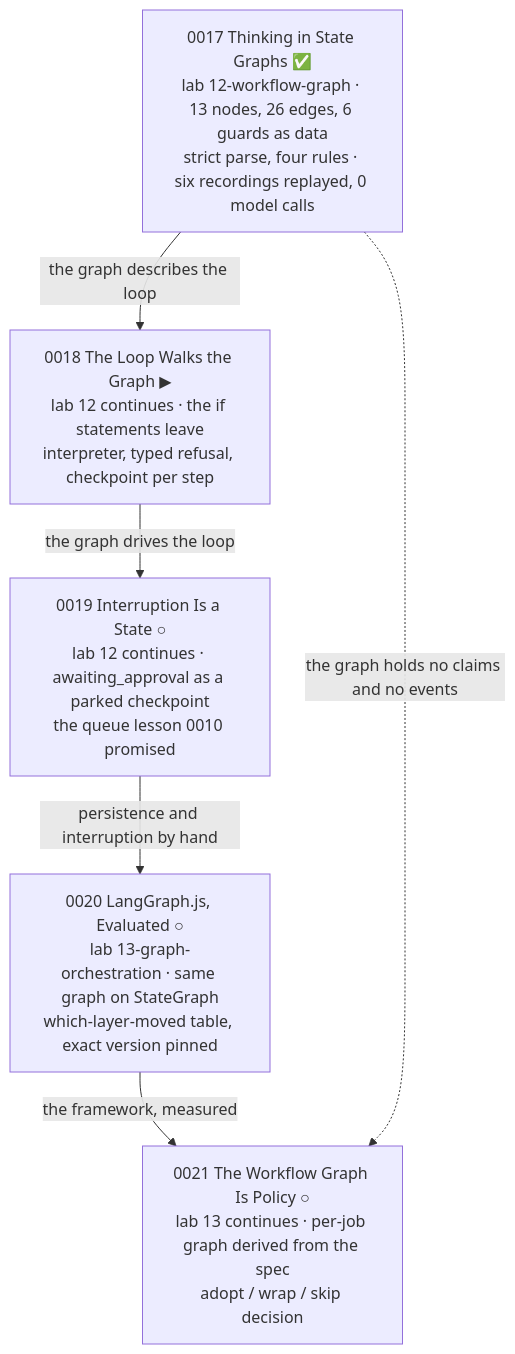
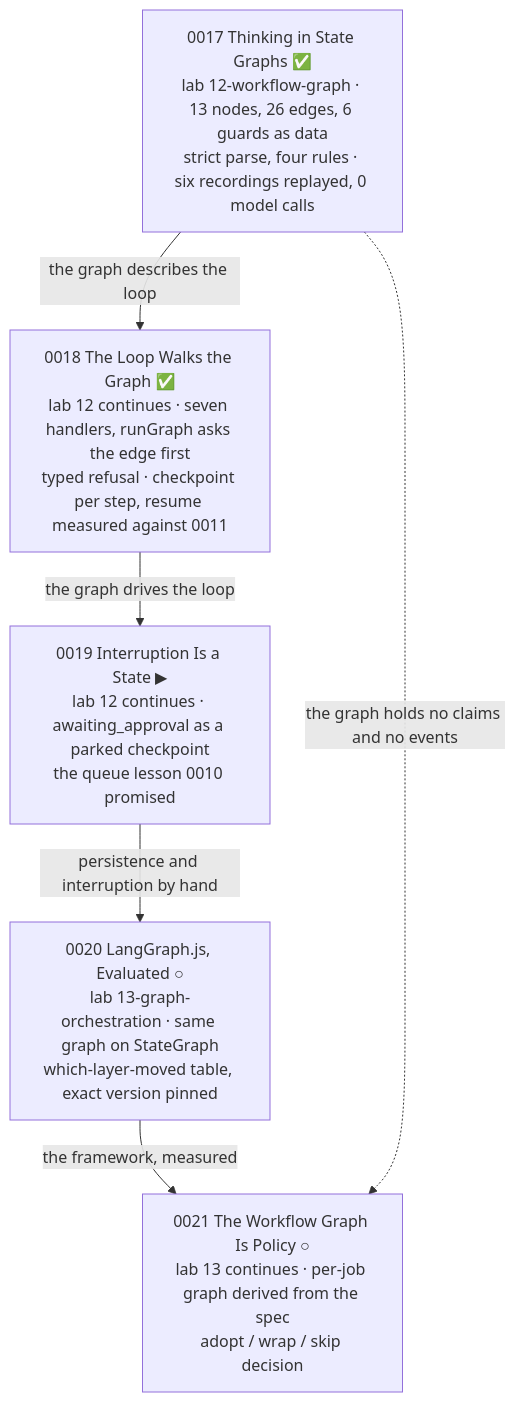
Before and after one commit to JozsefKiss90/TS: the fifth of 6 diagrams in wiki/course/course-module-graph.md, drawn with Mermaid. The commit also changed other lines of this file and 21 other files, not shown here.

First line of the commit message:
Ship lesson 0018 - The Loop Walks the Graph; lab 12 parts d-f; Phase 3 is 2 of 5

````diff
--- a/wiki/course/course-module-graph.md
+++ b/wiki/course/course-module-graph.md
@@ -95,13 +95,13 @@
 ```mermaid
 flowchart TD
     Q17["0017 Thinking in State Graphs ✅<br/>lab 12-workflow-graph · 13 nodes, 26 edges, 6 guards as data<br/>strict parse, four rules · six recordings replayed, 0 model calls"]
-    Q18["0018 The Loop Walks the Graph ▶<br/>lab 12 continues · the if statements leave<br/>interpreter, typed refusal, checkpoint per step"]
-    Q19["0019 Interruption Is a State ○<br/>lab 12 continues · awaiting_approval as a parked checkpoint<br/>the queue lesson 0010 promised"]
+    Q18["0018 The Loop Walks the Graph ✅<br/>lab 12 continues · seven handlers, runGraph asks the edge first<br/>typed refusal · checkpoint per step, resume measured against 0011"]
+    Q19["0019 Interruption Is a State ▶<br/>lab 12 continues · awaiting_approval as a parked checkpoint<br/>the queue lesson 0010 promised"]
     Q20["0020 LangGraph.js, Evaluated ○<br/>lab 13-graph-orchestration · same graph on StateGraph<br/>which-layer-moved table, exact version pinned"]
     Q21["0021 The Workflow Graph Is Policy ○<br/>lab 13 continues · per-job graph derived from the spec<br/>adopt / wrap / skip decision"]
     Q17 -->|"the graph describes the loop"| Q18
     Q18 -->|"the graph drives the loop"| Q19
     Q19 -->|"persistence and interruption by hand"| Q20
     Q20 -->|"the framework, measured"| Q21
     Q17 -.->|"the graph holds no claims and no events"| Q21
 ```
````
